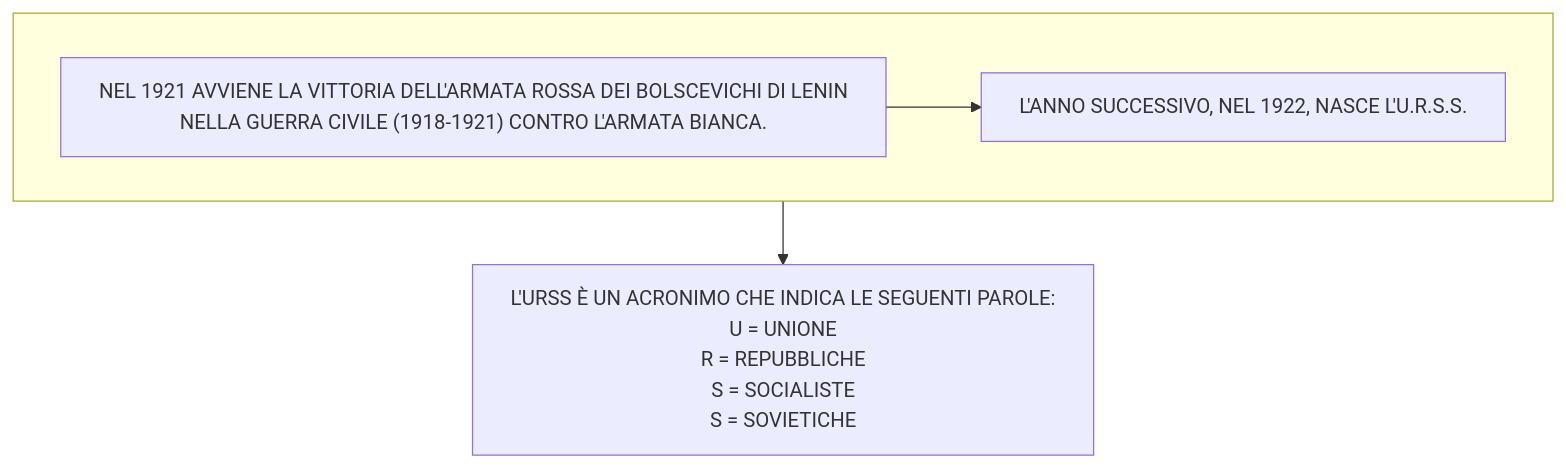
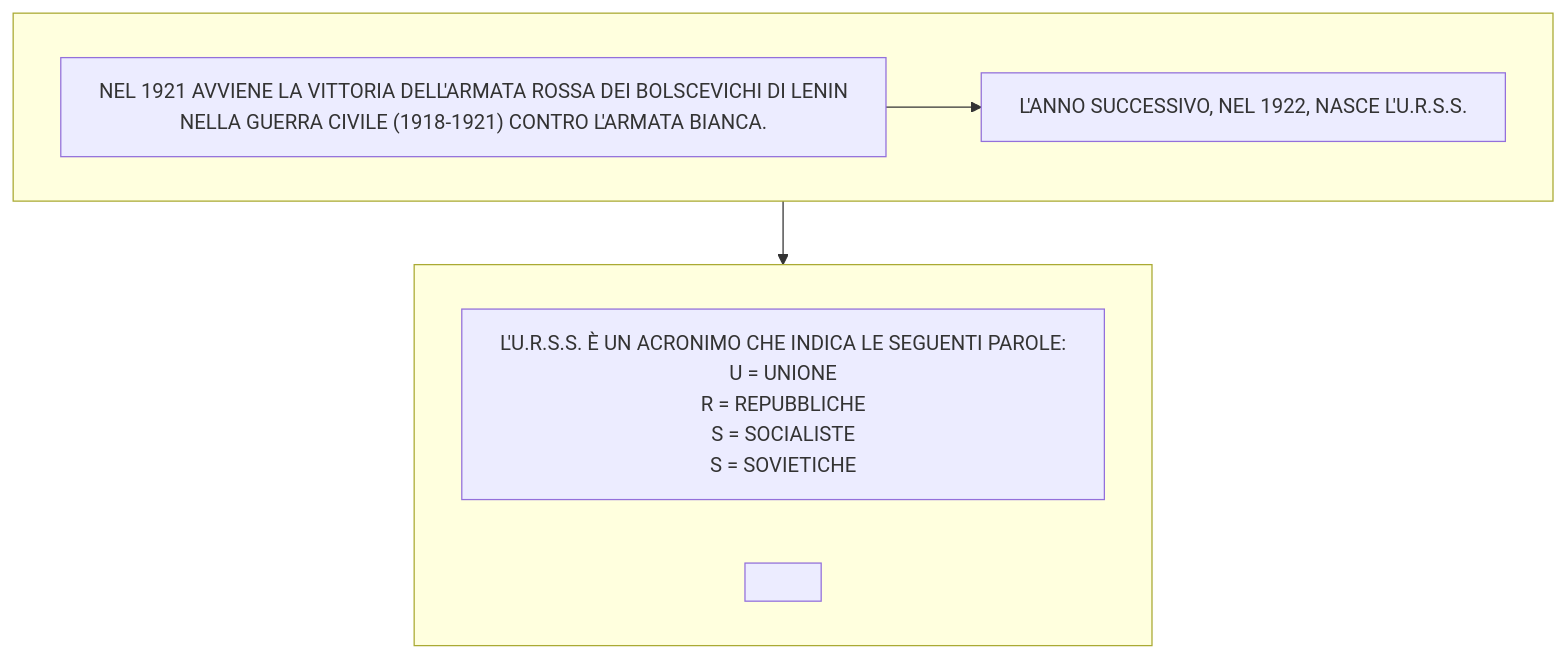
Before and after one commit to Laaouatni/ricerca-storia-MermaidJS: diagram 11 of 11 in stalinismoRiscrittura.md, drawn with Mermaid.

````diff
--- a/stalinismoRiscrittura.md
+++ b/stalinismoRiscrittura.md
@@ -196,11 +196,14 @@
 ```mermaid
 %%{init: { "flowchart": { "wrappingWidth": 800 } }}%%
 flowchart TB
   subgraph 1[" "]
     0["NEL 1921 AVVIENE LA VITTORIA DELL'ARMATA ROSSA DEI BOLSCEVICHI DI LENIN <br>NELLA GUERRA CIVILE (1918-1921) CONTRO L'ARMATA BIANCA."]
     01["L'ANNO SUCCESSIVO, NEL 1922, NASCE L'U.R.S.S."]
     0 --> 01
   end
-  2[L'URSS È UN ACRONIMO CHE INDICA LE SEGUENTI PAROLE: <br> U = UNIONE <br> R = REPUBBLICHE <br> S = SOCIALISTE <br> S = SOVIETICHE]
-  1 --> 2
+  subgraph 3[" "]
+    2[L'U.R.S.S. È UN ACRONIMO CHE INDICA LE SEGUENTI PAROLE: <br> U = UNIONE <br> R = REPUBBLICHE <br> S = SOCIALISTE <br> S = SOVIETICHE]
+    20[ ]
+  end
+  1 --> 3
 ```
````
